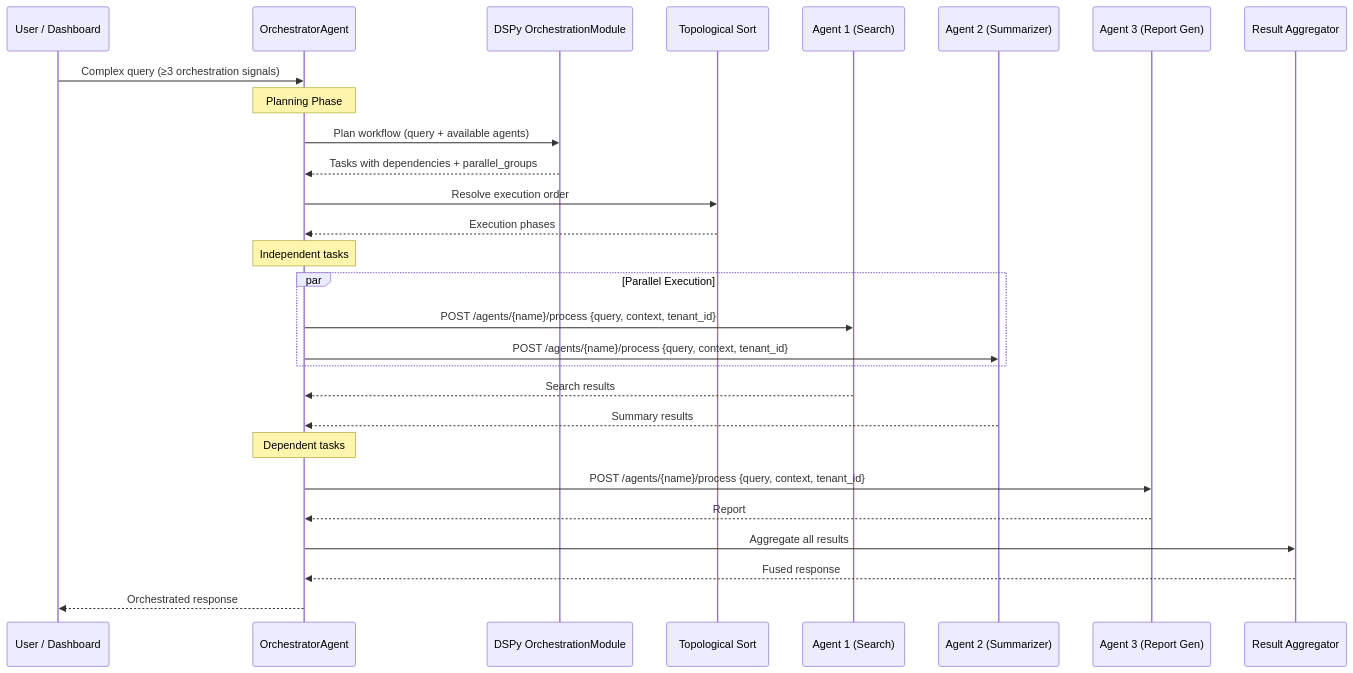
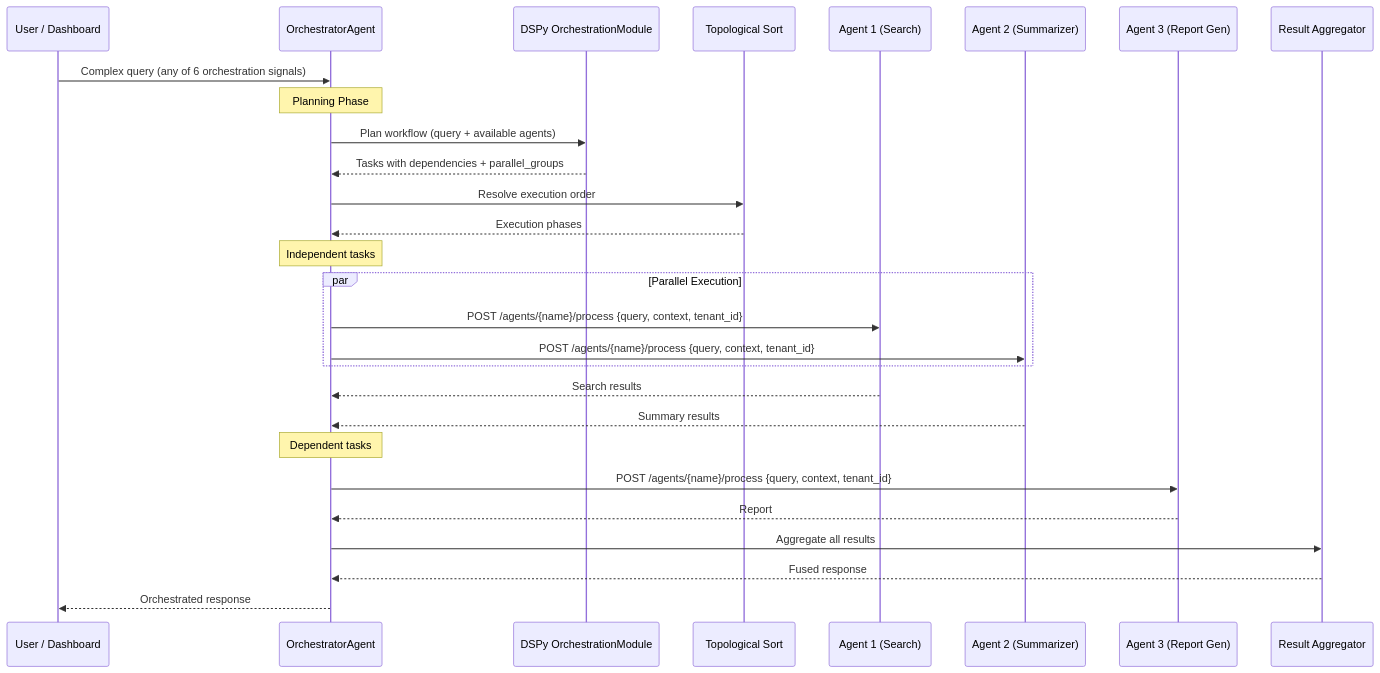
The fourth of 5 diagrams in docs/architecture/intelligent-query-routing.md (amit-jain/cogniverse), drawn with Mermaid before and after one commit. The commit also changed other lines of this file and 7 other files, not shown here.

First line of the commit message:
Document all 23 agents and convert diagrams to mermaid

````diff
--- a/docs/architecture/intelligent-query-routing.md
+++ b/docs/architecture/intelligent-query-routing.md
@@ -256,36 +278,36 @@
 ```mermaid
 sequenceDiagram
     participant U as User / Dashboard
     participant O as OrchestratorAgent
     participant WP as DSPy OrchestrationModule
     participant TS as Topological Sort
     participant A1 as Agent 1 (Search)
     participant A2 as Agent 2 (Summarizer)
     participant A3 as Agent 3 (Report Gen)
     participant AGG as Result Aggregator
 
-    U->>O: Complex query (≥3 orchestration signals)
+    U->>O: Complex query (any of 6 orchestration signals)
 
     Note over O: Planning Phase
     O->>WP: Plan workflow (query + available agents)
     WP-->>O: Tasks with dependencies + parallel_groups
 
     O->>TS: Resolve execution order
     TS-->>O: Execution phases
 
     Note over O: Independent tasks
     par Parallel Execution
         O->>A1: POST /agents/{name}/process {query, context, tenant_id}
         O->>A2: POST /agents/{name}/process {query, context, tenant_id}
     end
     A1-->>O: Search results
     A2-->>O: Summary results
 
     Note over O: Dependent tasks
     O->>A3: POST /agents/{name}/process {query, context, tenant_id}
     A3-->>O: Report
 
     O->>AGG: Aggregate all results
     AGG-->>O: Fused response
     O-->>U: Orchestrated response
 ```
````
